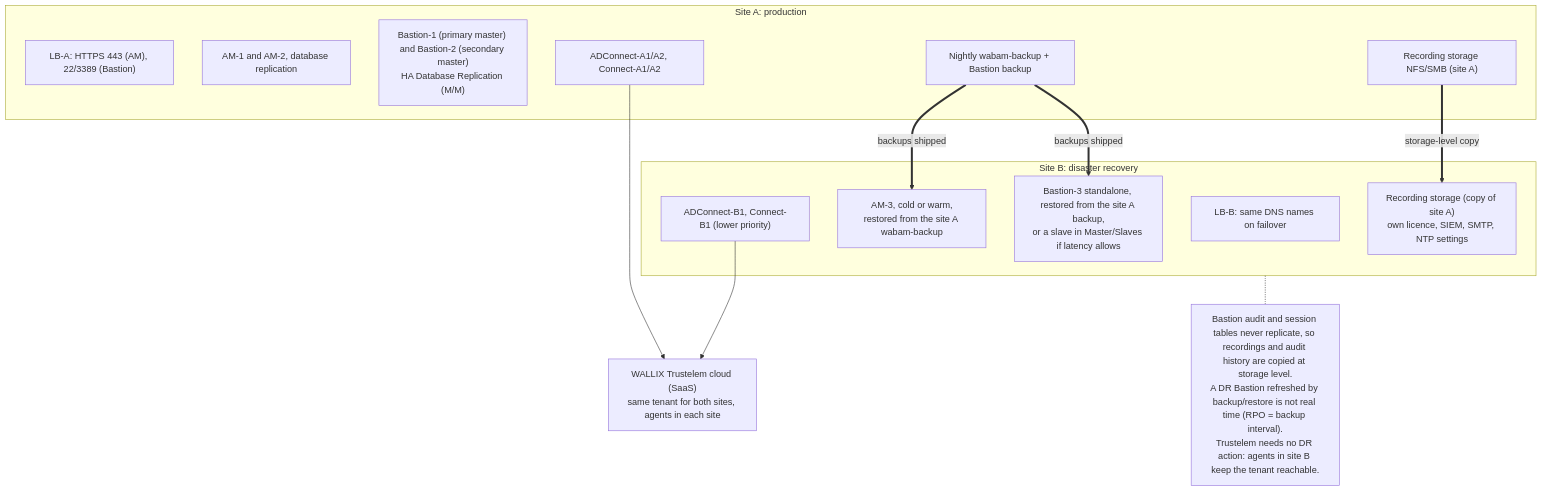
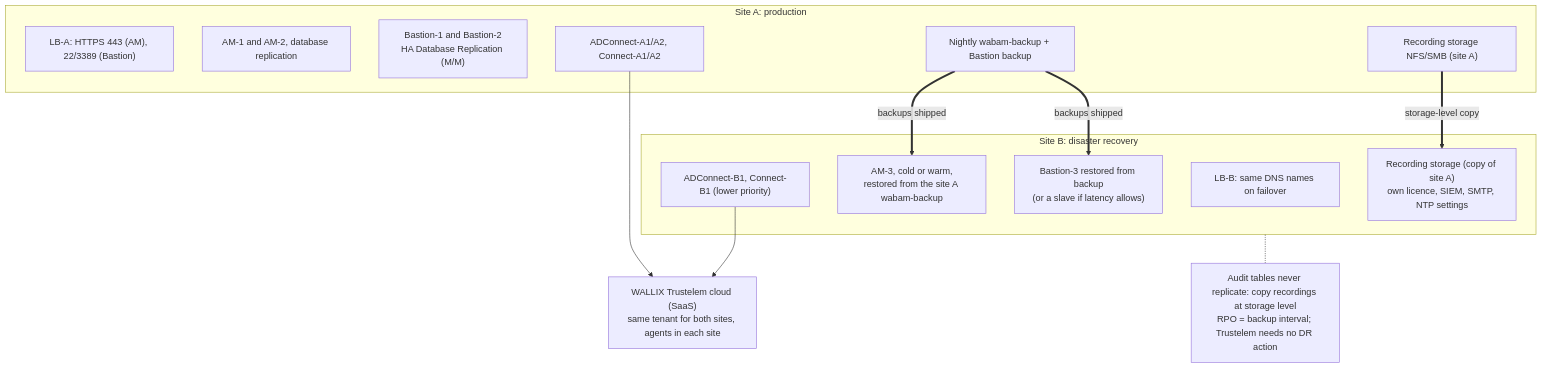
One commit to morandeirachema/Trustelem- changed the diagram in tools/diagrams/07-dr-topology.mmd. Above: the diagram before and after it, drawn with Mermaid. The commit also changed 8 other files, not shown here.

Commit message:
Shorten Mermaid labels to stop boxes overlapping text

```diff
--- a/tools/diagrams/07-dr-topology.mmd
+++ b/tools/diagrams/07-dr-topology.mmd
@@ -1,24 +1,24 @@
 flowchart TB
     CLOUD["WALLIX Trustelem cloud (SaaS)<br/>same tenant for both sites, agents in each site"]
     subgraph A["Site A: production"]
         LBA["LB-A: HTTPS 443 (AM), 22/3389 (Bastion)"]
         AMA["AM-1 and AM-2, database replication"]
-        BA["Bastion-1 (primary master) and Bastion-2 (secondary master)<br/>HA Database Replication (M/M)"]
+        BA["Bastion-1 and Bastion-2<br/>HA Database Replication (M/M)"]
         AGA["ADConnect-A1/A2, Connect-A1/A2"]
         STA["Recording storage NFS/SMB (site A)"]
         BKA["Nightly wabam-backup + Bastion backup"]
     end
     subgraph B["Site B: disaster recovery"]
         LBB["LB-B: same DNS names on failover"]
         AMB["AM-3, cold or warm,<br/>restored from the site A wabam-backup"]
-        BB["Bastion-3 standalone, restored from the site A backup,<br/>or a slave in Master/Slaves if latency allows"]
+        BB["Bastion-3 restored from backup<br/>(or a slave if latency allows)"]
         AGB["ADConnect-B1, Connect-B1 (lower priority)"]
         STB["Recording storage (copy of site A)<br/>own licence, SIEM, SMTP, NTP settings"]
     end
     AGA --> CLOUD
     AGB --> CLOUD
     BKA ==>|backups shipped| AMB
     BKA ==>|backups shipped| BB
     STA ==>|storage-level copy| STB
-    NOTE["Bastion audit and session tables never replicate, so recordings and audit history are copied at storage level.<br/>A DR Bastion refreshed by backup/restore is not real time (RPO = backup interval).<br/>Trustelem needs no DR action: agents in site B keep the tenant reachable."]
+    NOTE["Audit tables never replicate: copy recordings at storage level<br/>RPO = backup interval; Trustelem needs no DR action"]
     B -.- NOTE
```
